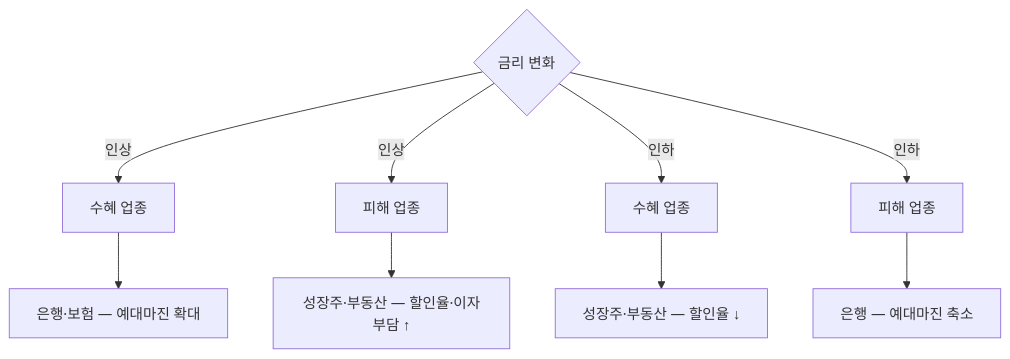
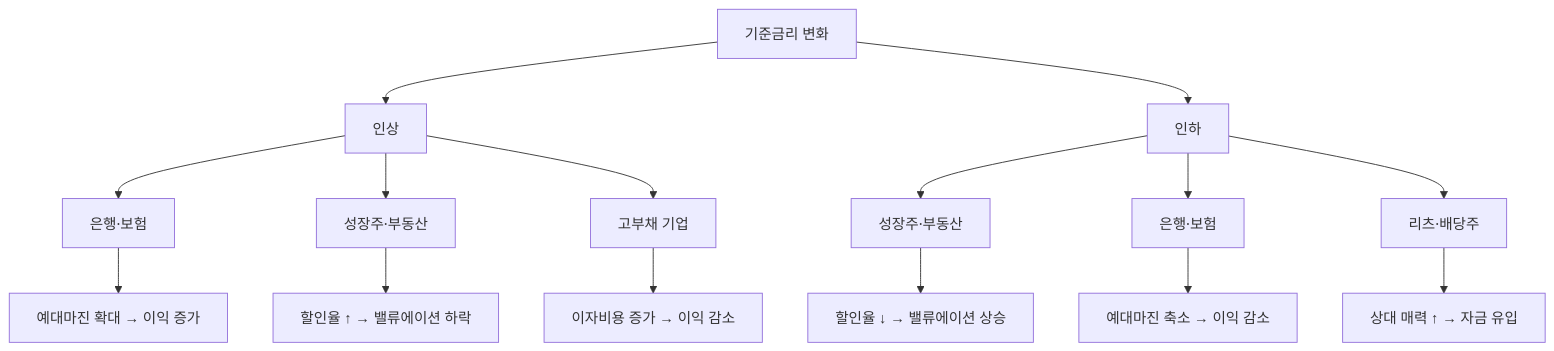
One commit to yeongseon/stock-visual-note changed the diagram in content/stock-terms/ko/level-09-strategy-risk/interest-rate-sensitive.md. Above: the diagram before and after it, drawn with Mermaid. The commit also changed other lines of this file and 9 other files, not shown here.

Commit message:
content: rewrite level-09 (10 articles) — richer diagrams, realistic scenarios, blog tone

````diff
--- a/content/stock-terms/ko/level-09-strategy-risk/interest-rate-sensitive.md
+++ b/content/stock-terms/ko/level-09-strategy-risk/interest-rate-sensitive.md
@@ -42,12 +43,18 @@
 ```mermaid
 graph TD
-    A{"금리 변화"}
-    A -->|"인상"| B["수혜 업종"]
-    A -->|"인상"| C["피해 업종"]
-    A -->|"인하"| D["수혜 업종"]
-    A -->|"인하"| E["피해 업종"]
-    B --> B1["은행·보험 — 예대마진 확대"]
-    C --> C1["성장주·부동산 — 할인율·이자부담 ↑"]
-    D --> D1["성장주·부동산 — 할인율 ↓"]
-    E --> E1["은행 — 예대마진 축소"]
+    A["기준금리 변화"]
+    A --> B["인상"]
+    A --> C["인하"]
+    B --> B1["은행·보험"]
+    B --> B2["성장주·부동산"]
+    B --> B3["고부채 기업"]
+    B1 --> B4["예대마진 확대 → 이익 증가"]
+    B2 --> B5["할인율 ↑ → 밸류에이션 하락"]
+    B3 --> B6["이자비용 증가 → 이익 감소"]
+    C --> C1["성장주·부동산"]
+    C --> C2["은행·보험"]
+    C --> C3["리츠·배당주"]
+    C1 --> C4["할인율 ↓ → 밸류에이션 상승"]
+    C2 --> C5["예대마진 축소 → 이익 감소"]
+    C3 --> C6["상대 매력 ↑ → 자금 유입"]
 ```
````
